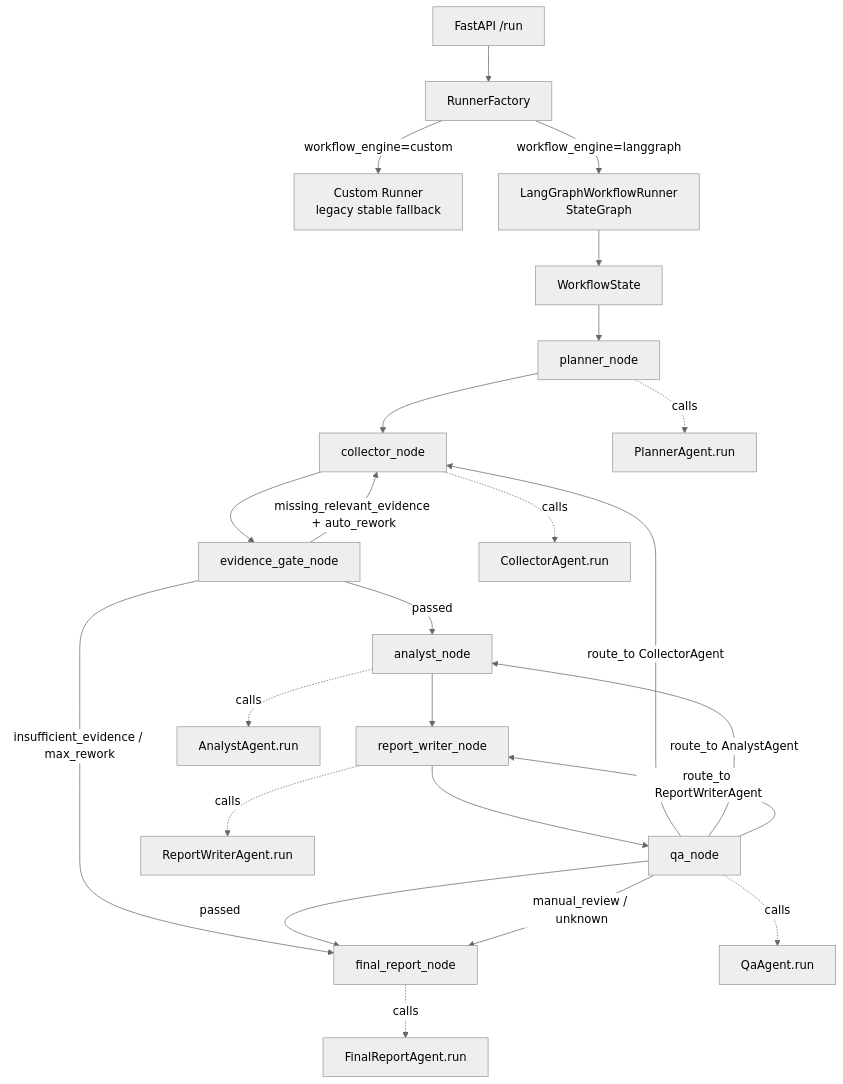
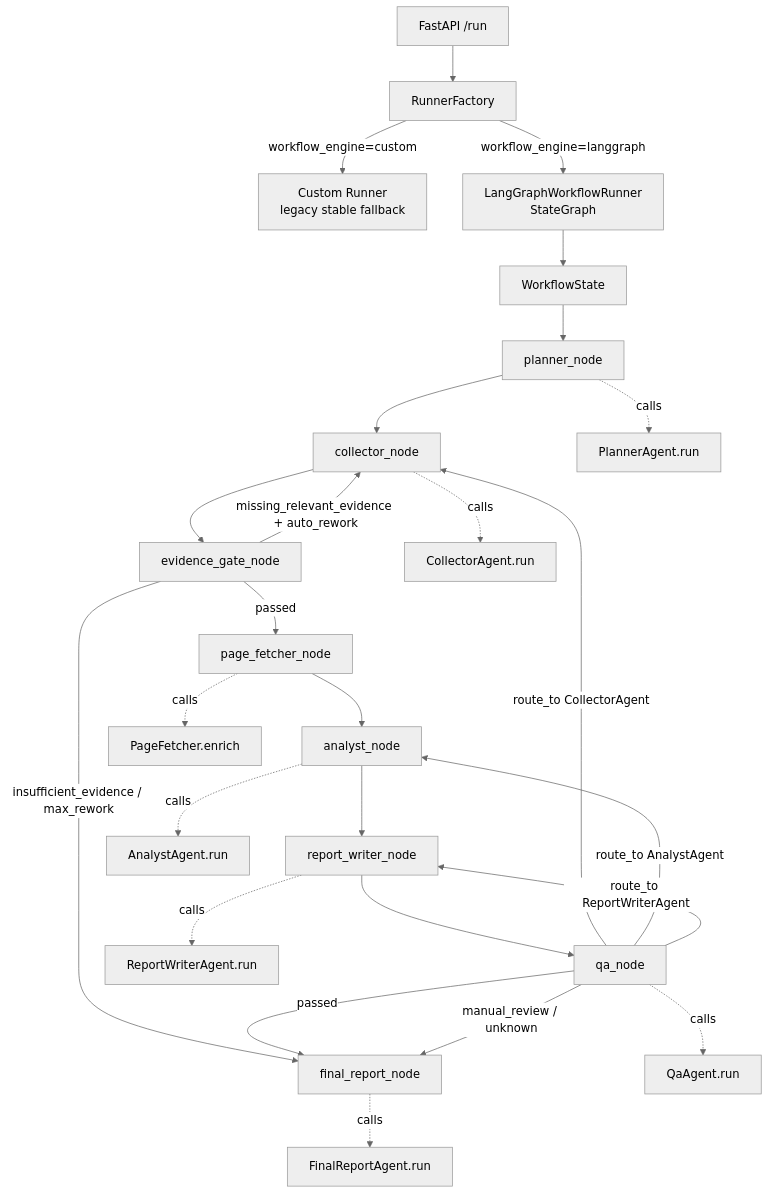
One commit to XH-111/cis-agent-demo changed the fourth of 6 diagrams in docs/architecture.md. Above: the diagram before and after it, drawn with Mermaid (neutral theme). The commit also changed other lines of this file and 17 other files, not shown here.

Commit message:
Add page fetcher and configurable LLM reports

````diff
--- a/docs/architecture.md
+++ b/docs/architecture.md
@@ -120,28 +121,30 @@
 ```mermaid
 flowchart TD
     API[FastAPI /run] --> Factory[RunnerFactory]
     Factory -->|workflow_engine=custom| Custom[Custom Runner<br/>legacy stable fallback]
     Factory -->|workflow_engine=langgraph| LG[LangGraphWorkflowRunner<br/>StateGraph]
 
     LG --> State[WorkflowState]
     State --> PlannerNode[planner_node]
     PlannerNode --> CollectorNode[collector_node]
     CollectorNode --> EvidenceGateNode[evidence_gate_node]
-    EvidenceGateNode -->|passed| AnalystNode[analyst_node]
+    EvidenceGateNode -->|passed| PageFetcherNode[page_fetcher_node]
+    PageFetcherNode --> AnalystNode[analyst_node]
     EvidenceGateNode -->|missing_relevant_evidence + auto_rework| CollectorNode
     EvidenceGateNode -->|insufficient_evidence / max_rework| FinalNode[final_report_node]
     AnalystNode --> WriterNode[report_writer_node]
     WriterNode --> QANode[qa_node]
     QANode -->|passed| FinalNode
     QANode -->|route_to CollectorAgent| CollectorNode
     QANode -->|route_to AnalystAgent| AnalystNode
     QANode -->|route_to ReportWriterAgent| WriterNode
     QANode -->|manual_review / unknown| FinalNode
 
     PlannerNode -. calls .-> PlannerRun[PlannerAgent.run]
     CollectorNode -. calls .-> CollectorRun[CollectorAgent.run]
+    PageFetcherNode -. calls .-> PageFetcherSvc[PageFetcher.enrich]
     AnalystNode -. calls .-> AnalystRun[AnalystAgent.run]
     WriterNode -. calls .-> WriterRun[ReportWriterAgent.run]
     QANode -. calls .-> QARun[QaAgent.run]
     FinalNode -. calls .-> FinalRun[FinalReportAgent.run]
 ```
````
